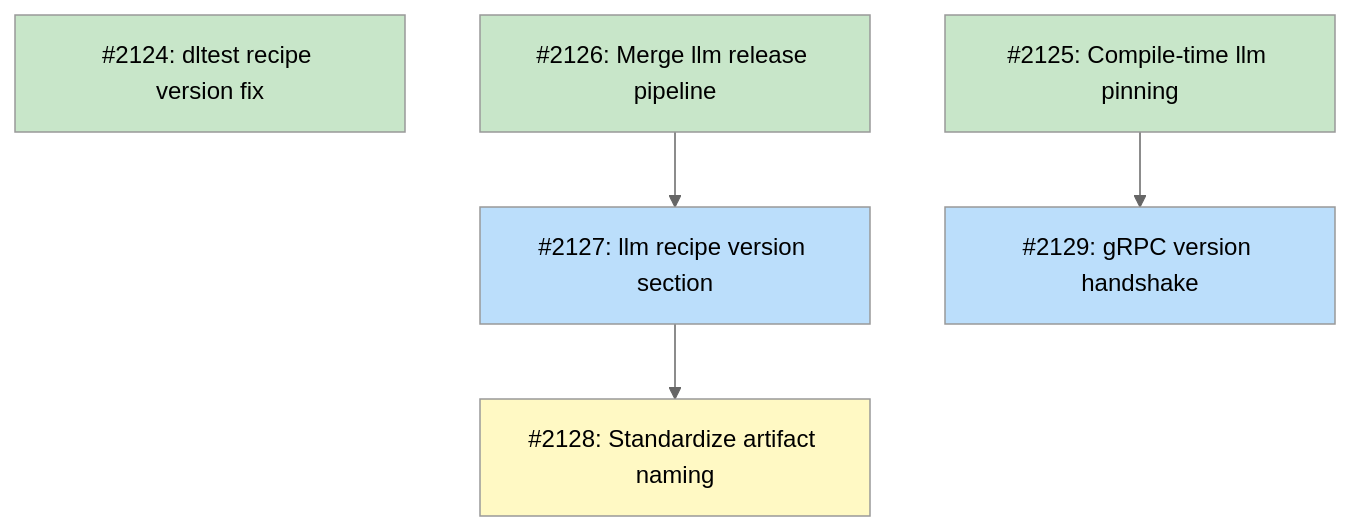
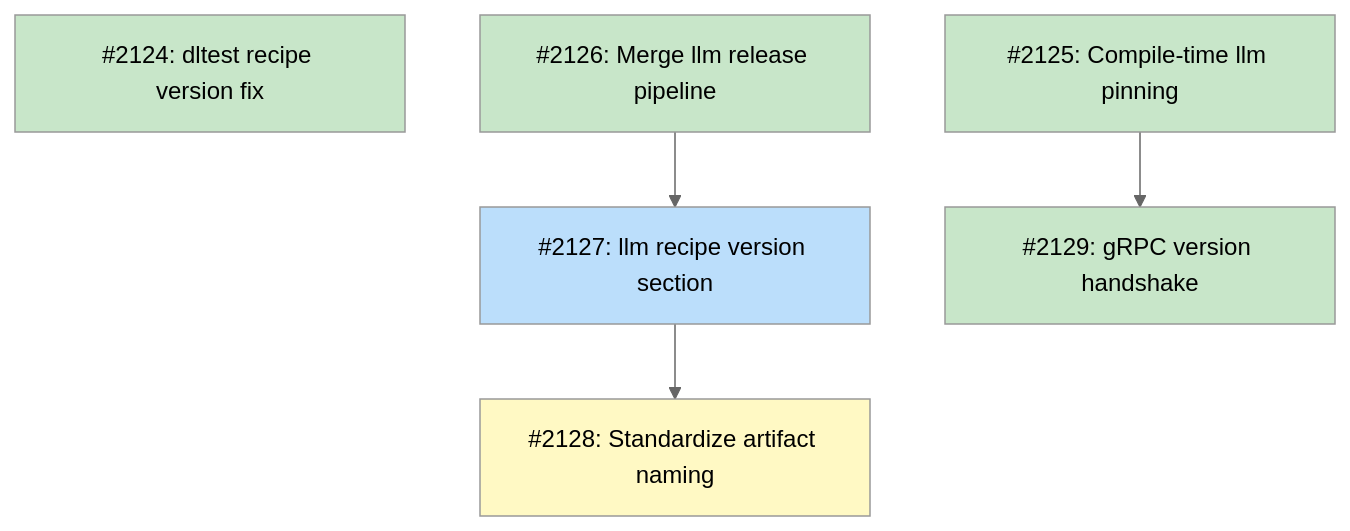
Before and after one commit to tsukumogami/tsuku: the diagram in docs/designs/DESIGN-unified-release-versioning.md, drawn with Mermaid (neutral theme). The commit also changed other lines of this file and 6 other files, not shown here.

````diff
--- a/docs/designs/DESIGN-unified-release-versioning.md
+++ b/docs/designs/DESIGN-unified-release-versioning.md
@@ -286,21 +286,21 @@
 ```mermaid
 graph TD
     I2124["#2124: dltest recipe version fix"]
     I2125["#2125: Compile-time llm pinning"]
     I2126["#2126: Merge llm release pipeline"]
     I2127["#2127: llm recipe version section"]
     I2128["#2128: Standardize artifact naming"]
     I2129["#2129: gRPC version handshake"]
 
     I2126 --> I2127
     I2127 --> I2128
     I2125 --> I2129
 
     classDef done fill:#c8e6c9
     classDef ready fill:#bbdefb
     classDef blocked fill:#fff9c4
 
-    class I2124,I2125,I2126 done
-    class I2127,I2129 ready
+    class I2124,I2125,I2126,I2129 done
+    class I2127 ready
     class I2128 blocked
 ```
````
